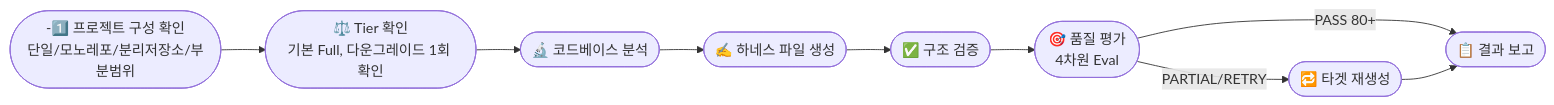
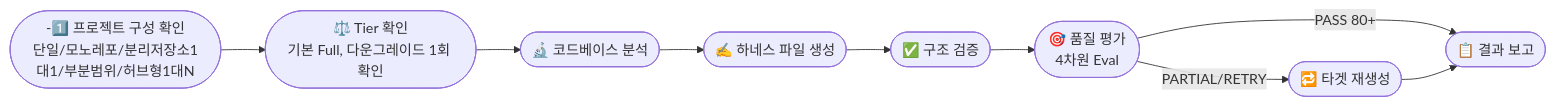
One commit to Malburi/ax_std_new changed the first of 3 diagrams in README.md. Above: the diagram before and after it, drawn with Mermaid. The commit also changed other lines of this file and 21 other files, not shown here.

````diff
--- a/README.md
+++ b/README.md
@@ -90,11 +90,11 @@
 ```mermaid
 flowchart LR
-    S([-1️⃣ 프로젝트 구성 확인\n단일/모노레포/분리저장소/부분범위]) --> A
+    S([-1️⃣ 프로젝트 구성 확인\n단일/모노레포/분리저장소1대1/부분범위/허브형1대N]) --> A
     A([⚖️ Tier 확인\n기본 Full, 다운그레이드 1회 확인]) --> C([🔬 코드베이스 분석])
     C --> D([✍️ 하네스 파일 생성])
     D --> E([✅ 구조 검증])
     E --> G([🎯 품질 평가\n4차원 Eval])
     G -->|PASS 80+| F([📋 결과 보고])
     G -->|PARTIAL/RETRY| H([🔁 타겟 재생성])
     H --> F
 ```
````
